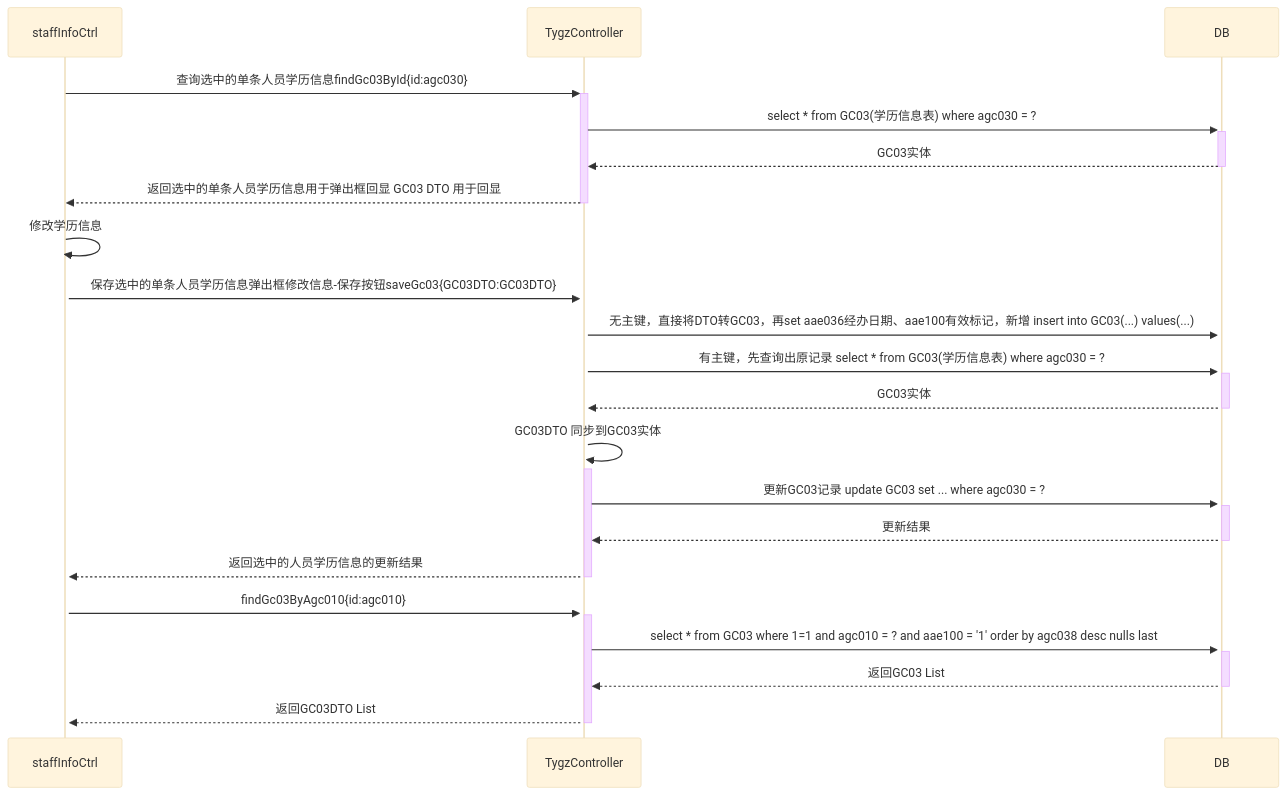
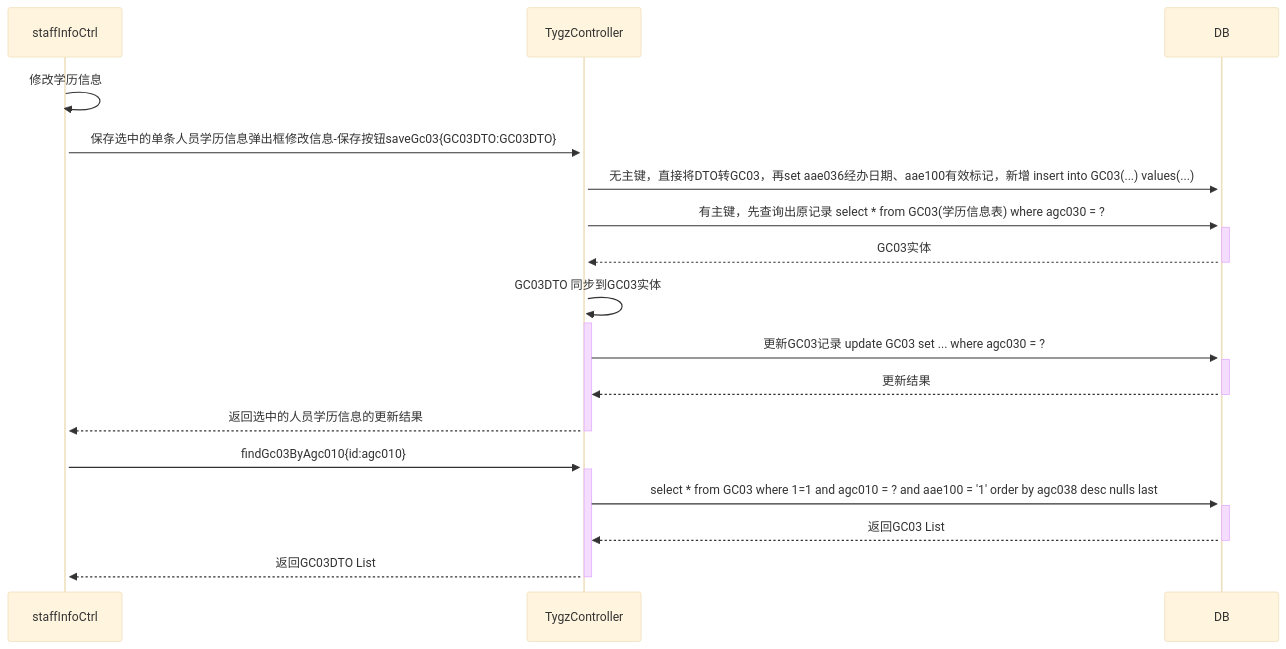
The diagram in all/未命名.md (ZhangJianBeiJing/iodraw-files), drawn with Mermaid (base theme) before and after one commit.

Commit message:
2025-03-25 16:56:38 update

````diff
--- a/all/未命名.md
+++ b/all/未命名.md
@@ -1,20 +1,16 @@
 ```mermaid
 sequenceDiagram
-    staffInfoCtrl->>+TygzController:查询选中的单条人员学历信息findGc03ById{id:agc030}
-    TygzController->>+DB:select * from GC03(学历信息表) where  agc030 = ?
-    DB-->>-TygzController:GC03实体
-    TygzController-->>-staffInfoCtrl:返回选中的单条人员学历信息用于弹出框回显 GC03 DTO 用于回显
     staffInfoCtrl->>+staffInfoCtrl:修改学历信息
     staffInfoCtrl->>+TygzController:保存选中的单条人员学历信息弹出框修改信息-保存按钮saveGc03{GC03DTO:GC03DTO}
     TygzController->>+DB:无主键，直接将DTO转GC03，再set aae036经办日期、aae100有效标记，新增 insert into GC03(...) values(...)
     TygzController->>+DB:有主键，先查询出原记录 select * from GC03(学历信息表) where  agc030 = ?
     DB-->>-TygzController:GC03实体
     TygzController->>+TygzController:GC03DTO 同步到GC03实体
     TygzController->>+DB:更新GC03记录 update GC03 set ... where agc030 = ?
     DB-->>-TygzController:更新结果
     TygzController-->>-staffInfoCtrl:返回选中的人员学历信息的更新结果
     staffInfoCtrl->>+TygzController:findGc03ByAgc010{id:agc010}
     TygzController->>+DB:select * from GC03 where 1=1 and agc010 = ? and aae100 = '1' order by agc038 desc nulls last
     DB-->>-TygzController:返回GC03 List
     TygzController-->>-staffInfoCtrl:返回GC03DTO List
 ```
````
